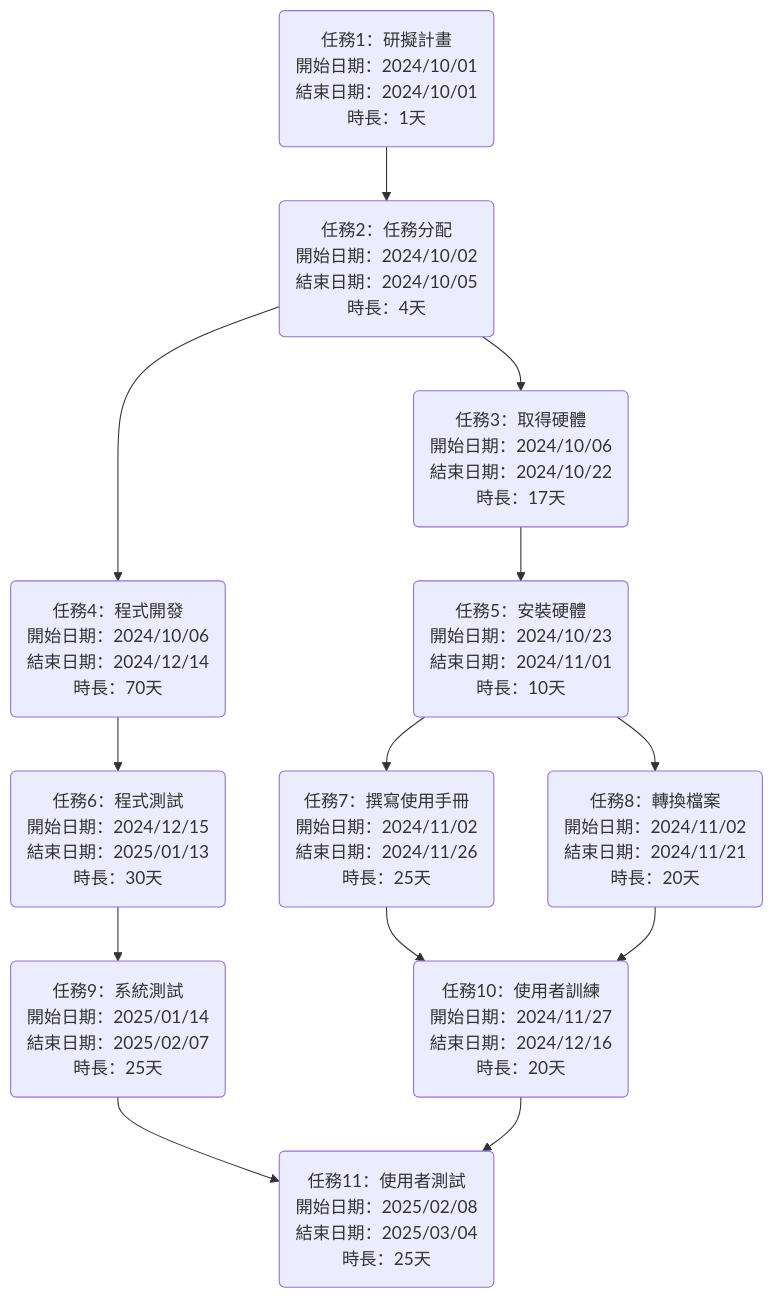
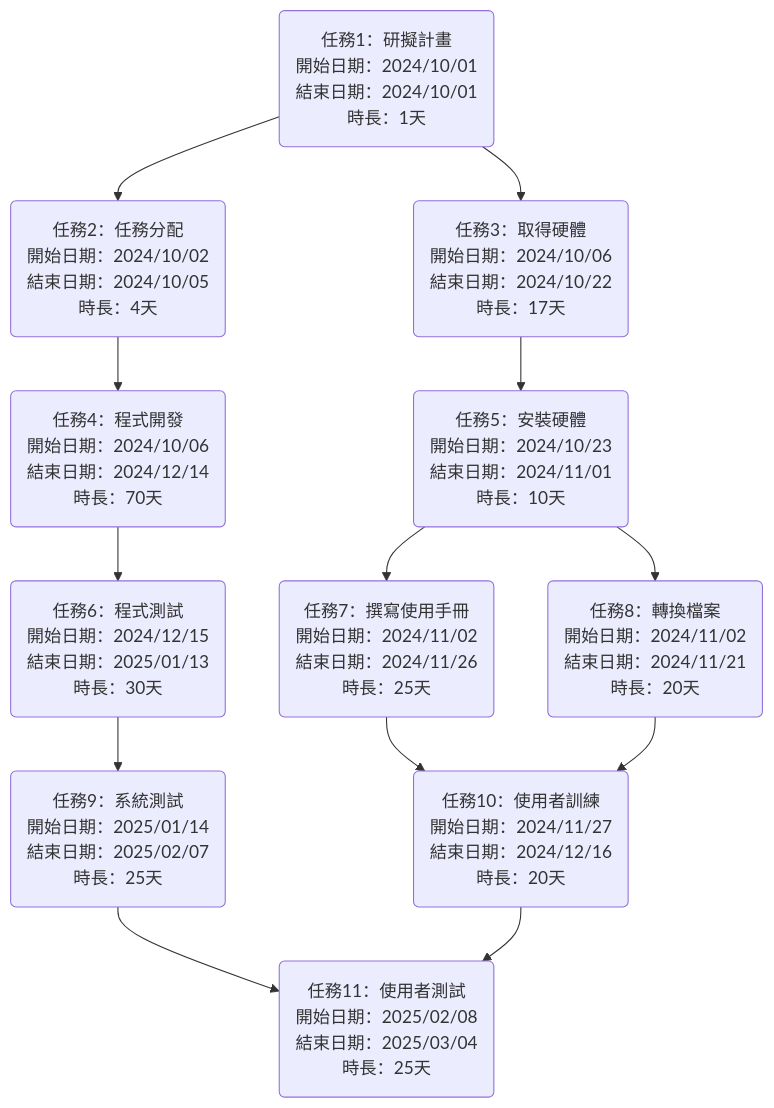
Before and after one commit to HowardHung2/Nkust_Required_Markdown: the first of 2 diagrams in hw2.md, drawn with Mermaid.

````diff
--- a/hw2.md
+++ b/hw2.md
@@ -18,15 +18,15 @@
 ```mermaid
 graph TD;
     A1(任務1：研擬計畫<br>開始日期：2024/10/01<br>結束日期：2024/10/01<br>時長：1天) --> A2(任務2：任務分配<br>開始日期：2024/10/02<br>結束日期：2024/10/05<br>時長：4天)
-    A2 --> A3(任務3：取得硬體<br>開始日期：2024/10/06<br>結束日期：2024/10/22<br>時長：17天)
+    A1 --> A3(任務3：取得硬體<br>開始日期：2024/10/06<br>結束日期：2024/10/22<br>時長：17天)
     A2 --> A4(任務4：程式開發<br>開始日期：2024/10/06<br>結束日期：2024/12/14<br>時長：70天)
     A3 --> A5(任務5：安裝硬體<br>開始日期：2024/10/23<br>結束日期：2024/11/01<br>時長：10天)
     A4 --> A6(任務6：程式測試<br>開始日期：2024/12/15<br>結束日期：2025/01/13<br>時長：30天)
     A5 --> A7(任務7：撰寫使用手冊<br>開始日期：2024/11/02<br>結束日期：2024/11/26<br>時長：25天)
     A5 --> A8(任務8：轉換檔案<br>開始日期：2024/11/02<br>結束日期：2024/11/21<br>時長：20天)
     A6 --> A9(任務9：系統測試<br>開始日期：2025/01/14<br>結束日期：2025/02/07<br>時長：25天)
     A7 --> A10(任務10：使用者訓練<br>開始日期：2024/11/27<br>結束日期：2024/12/16<br>時長：20天)
     A8 --> A10
     A9 --> A11(任務11：使用者測試<br>開始日期：2025/02/08<br>結束日期：2025/03/04<br>時長：25天)
     A10 --> A11
 ```
````
